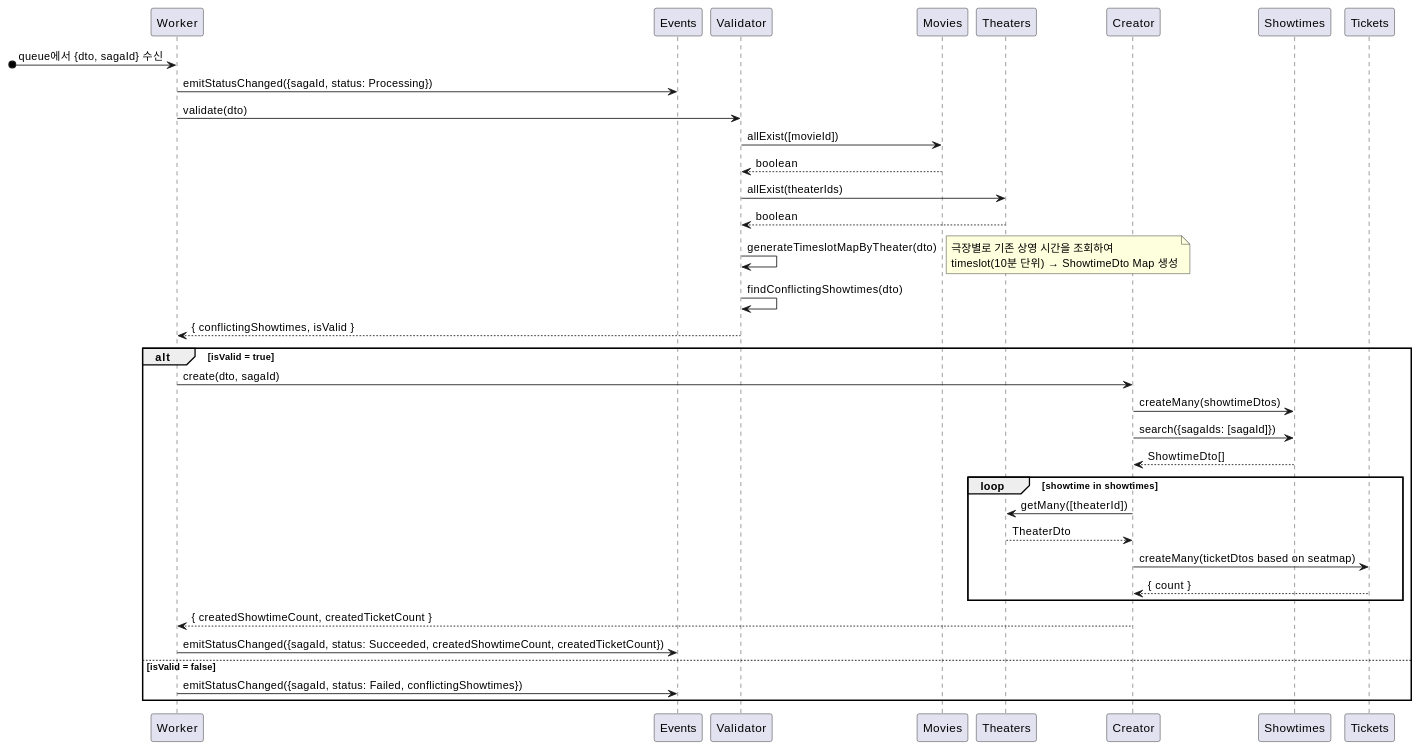
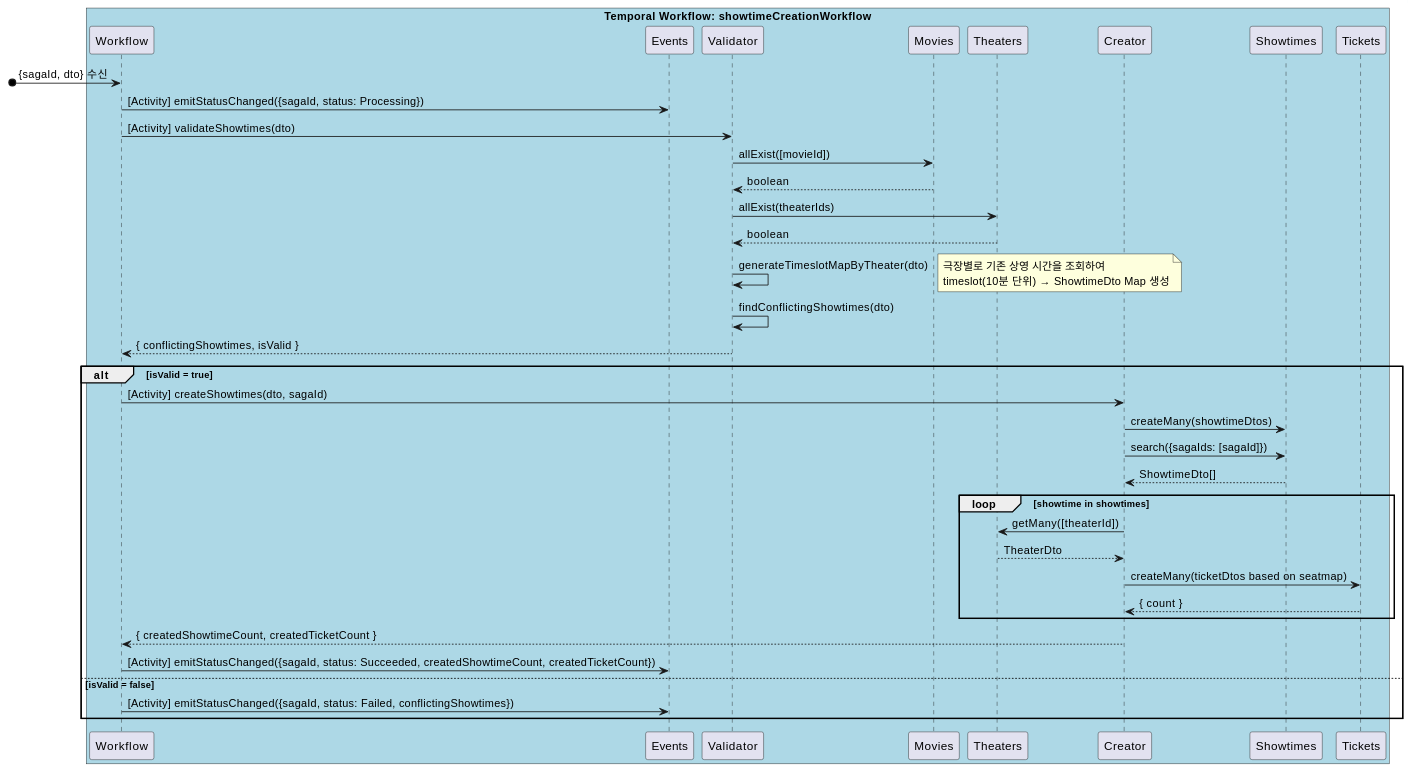
The third of 3 diagrams in docs/designs/showtime-creation.md (mannercode/nest-seed), drawn with PlantUML before and after one commit. The commit also changed other lines of this file and 68 other files, not shown here.

````diff
--- a/docs/designs/showtime-creation.md
+++ b/docs/designs/showtime-creation.md
@@ -106,36 +104,38 @@
 ```plantuml
 @startuml
-[o-> Worker: queue에서 {dto, sagaId} 수신
-    Worker -> Events: emitStatusChanged({sagaId, status: Processing})
+box "Temporal Workflow: showtimeCreationWorkflow" #LightBlue
+    [o-> Workflow: {sagaId, dto} 수신
+        Workflow -> Events: [Activity] emitStatusChanged({sagaId, status: Processing})
 
-    Worker -> Validator: validate(dto)
-        Validator -> Movies: allExist([movieId])
-        Validator <-- Movies: boolean
-        Validator -> Theaters: allExist(theaterIds)
-        Validator <-- Theaters: boolean
-        Validator -> Validator: generateTimeslotMapByTheater(dto)
-            note right
-            극장별로 기존 상영 시간을 조회하여
-            timeslot(10분 단위) → ShowtimeDto Map 생성
-            end note
-        Validator -> Validator: findConflictingShowtimes(dto)
-    Worker <-- Validator: { conflictingShowtimes, isValid }
+        Workflow -> Validator: [Activity] validateShowtimes(dto)
+            Validator -> Movies: allExist([movieId])
+            Validator <-- Movies: boolean
+            Validator -> Theaters: allExist(theaterIds)
+            Validator <-- Theaters: boolean
+            Validator -> Validator: generateTimeslotMapByTheater(dto)
+                note right
+                극장별로 기존 상영 시간을 조회하여
+                timeslot(10분 단위) → ShowtimeDto Map 생성
+                end note
+            Validator -> Validator: findConflictingShowtimes(dto)
+        Workflow <-- Validator: { conflictingShowtimes, isValid }
 
-alt isValid = true
-    Worker -> Creator: create(dto, sagaId)
-        Creator -> Showtimes: createMany(showtimeDtos)
-        Creator -> Showtimes: search({sagaIds: [sagaId]})
-        Creator <-- Showtimes: ShowtimeDto[]
-        loop showtime in showtimes
-            Creator -> Theaters: getMany([theaterId])
-            Creator <-- Theaters: TheaterDto
-            Creator -> Tickets: createMany(ticketDtos based on seatmap)
-            Creator <-- Tickets: { count }
-        end
-    Worker <-- Creator: { createdShowtimeCount, createdTicketCount }
-    Worker -> Events: emitStatusChanged({sagaId, status: Succeeded, createdShowtimeCount, createdTicketCount})
-else isValid = false
-    Worker -> Events: emitStatusChanged({sagaId, status: Failed, conflictingShowtimes})
-end
+    alt isValid = true
+        Workflow -> Creator: [Activity] createShowtimes(dto, sagaId)
+            Creator -> Showtimes: createMany(showtimeDtos)
+            Creator -> Showtimes: search({sagaIds: [sagaId]})
+            Creator <-- Showtimes: ShowtimeDto[]
+            loop showtime in showtimes
+                Creator -> Theaters: getMany([theaterId])
+                Creator <-- Theaters: TheaterDto
+                Creator -> Tickets: createMany(ticketDtos based on seatmap)
+                Creator <-- Tickets: { count }
+            end
+        Workflow <-- Creator: { createdShowtimeCount, createdTicketCount }
+        Workflow -> Events: [Activity] emitStatusChanged({sagaId, status: Succeeded, createdShowtimeCount, createdTicketCount})
+    else isValid = false
+        Workflow -> Events: [Activity] emitStatusChanged({sagaId, status: Failed, conflictingShowtimes})
+    end
+end box
 @enduml
 ```
````
